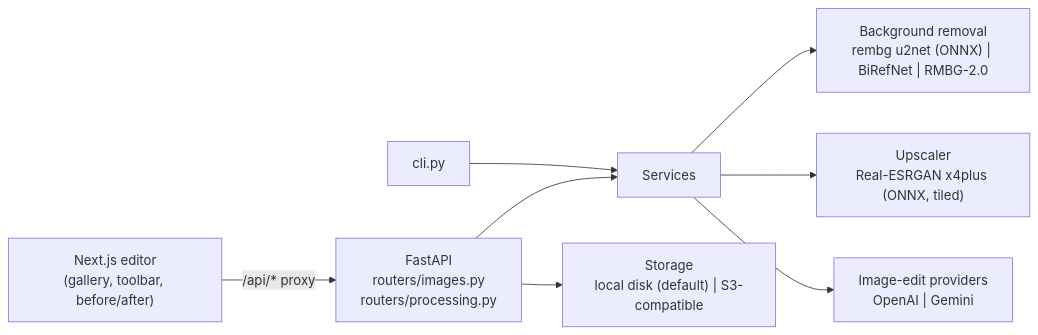
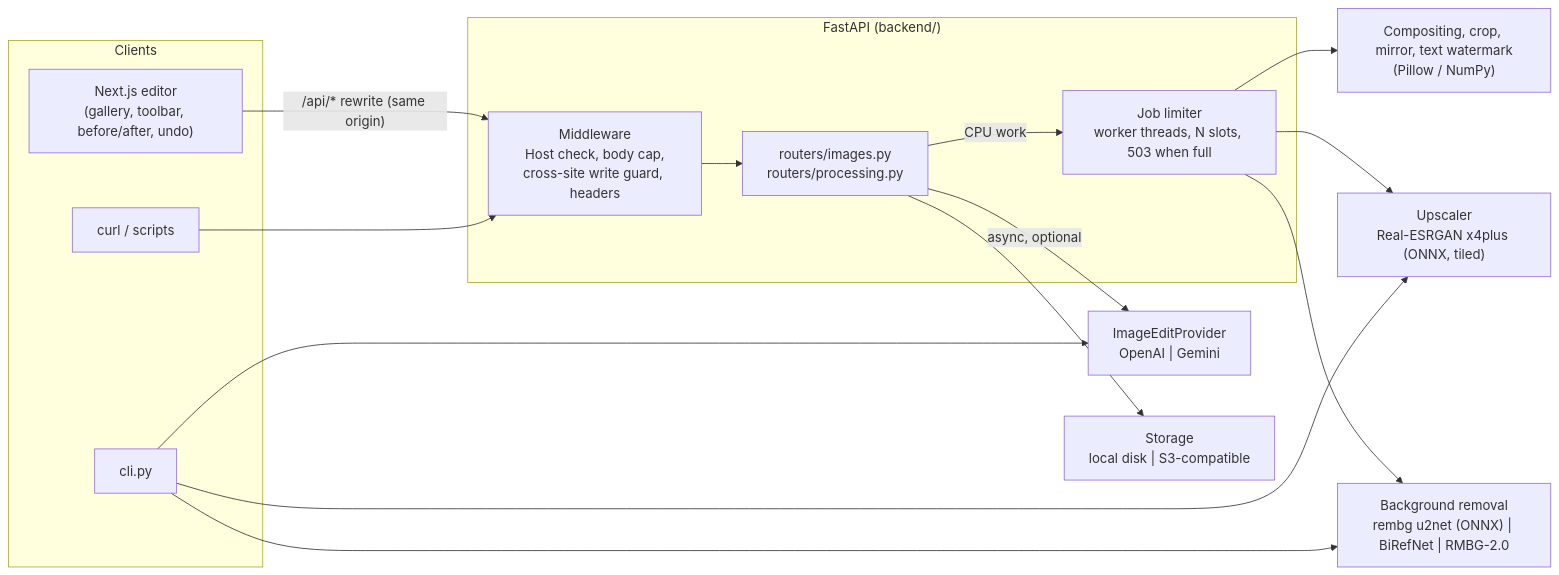
The diagram in README.md (himanshumehta/vehicle-image-studio), drawn with Mermaid before and after one commit. The commit also changed other lines of this file, not shown here.

First line of the commit message:
docs: rewrite readme around architecture, trade-offs and limits

````diff
--- a/README.md
+++ b/README.md
@@ -25,10 +30,25 @@
 ```mermaid
 flowchart LR
-    UI["Next.js editor<br/>(gallery, toolbar, before/after)"] -->|"/api/* proxy"| API["FastAPI<br/>routers/images.py<br/>routers/processing.py"]
-    CLI["cli.py"] --> SVC
-    API --> SVC["Services"]
-    SVC --> BG["Background removal<br/>rembg u2net (ONNX) | BiRefNet | RMBG-2.0"]
-    SVC --> UP["Upscaler<br/>Real-ESRGAN x4plus (ONNX, tiled)"]
-    SVC --> EDIT["Image-edit providers<br/>OpenAI | Gemini"]
-    API --> ST["Storage<br/>local disk (default) | S3-compatible"]
+    subgraph Clients
+        UI["Next.js editor<br/>(gallery, toolbar, before/after, undo)"]
+        CLI["cli.py"]
+        HTTP["curl / scripts"]
+    end
+    UI -->|"/api/* rewrite (same origin)"| MW
+    HTTP --> MW
+    subgraph API["FastAPI (backend/)"]
+        MW["Middleware<br/>Host check, body cap,<br/>cross-site write guard, headers"]
+        R["routers/images.py<br/>routers/processing.py"]
+        J["Job limiter<br/>worker threads, N slots, 503 when full"]
+        MW --> R
+        R -->|"CPU work"| J
+    end
+    J --> BG["Background removal<br/>rembg u2net (ONNX) | BiRefNet | RMBG-2.0"]
+    J --> UP["Upscaler<br/>Real-ESRGAN x4plus (ONNX, tiled)"]
+    J --> CMP["Compositing, crop, mirror, text watermark<br/>(Pillow / NumPy)"]
+    R -->|"async, optional"| ED["ImageEditProvider<br/>OpenAI | Gemini"]
+    R --> ST["Storage<br/>local disk | S3-compatible"]
+    CLI --> BG
+    CLI --> UP
+    CLI --> ED
 ```
````
